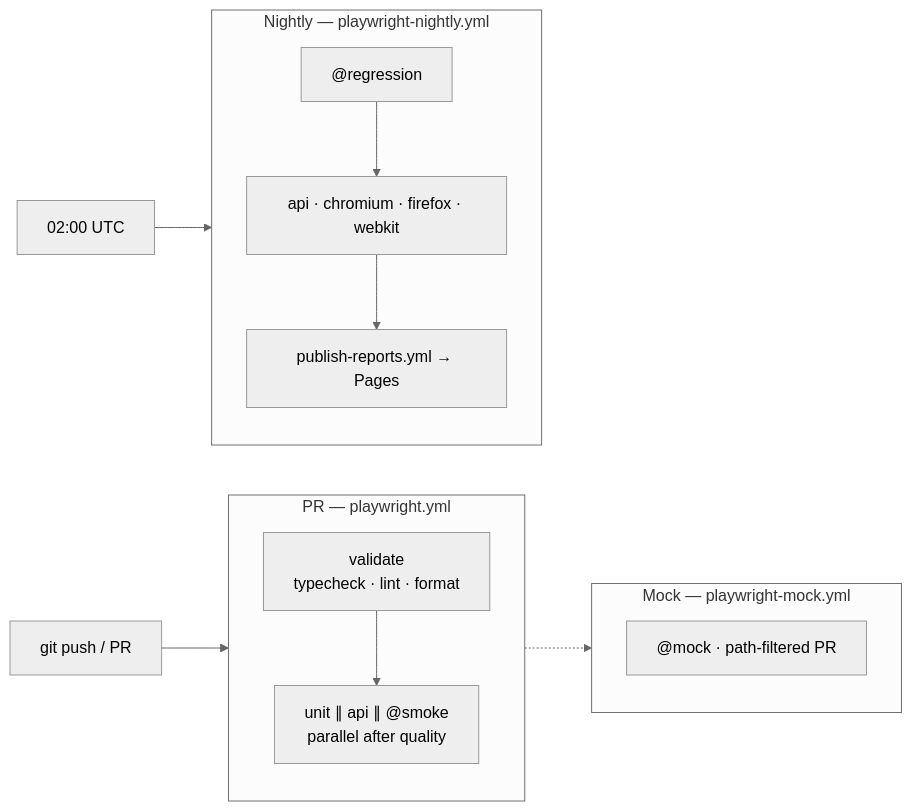
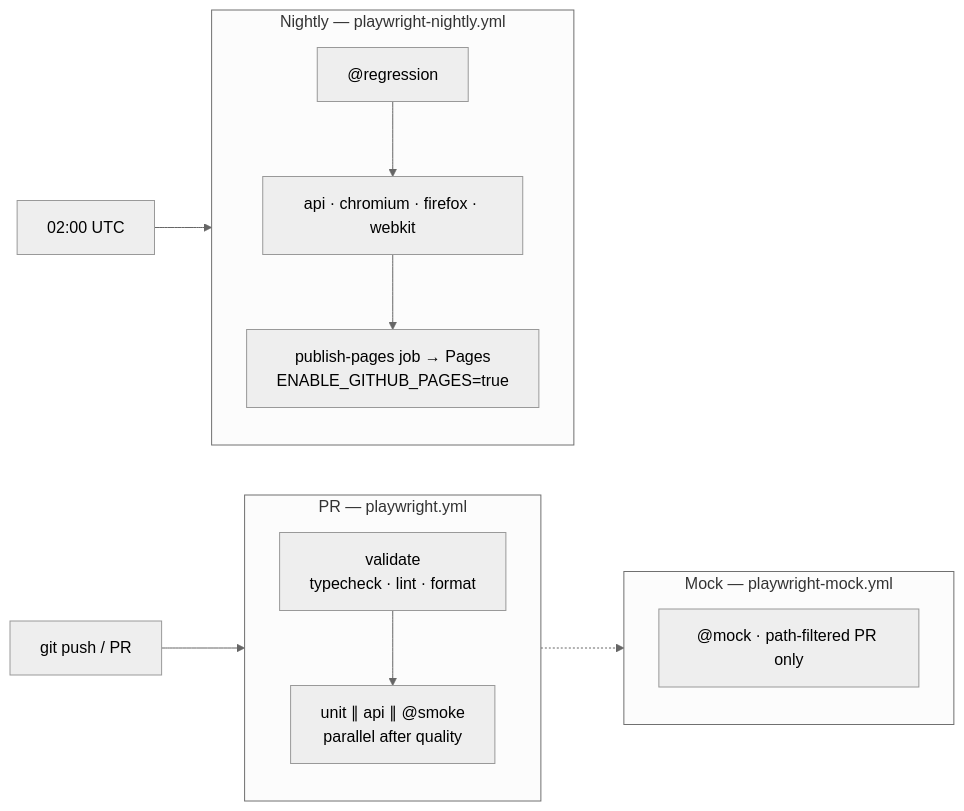
Before and after one commit to hemantjanrao/playwright-learning: the eighth of 10 diagrams in docs/ARCHITECTURE.md, drawn with Mermaid (neutral theme). The commit also changed other lines of this file and 26 other files, not shown here.

````diff
--- a/docs/ARCHITECTURE.md
+++ b/docs/ARCHITECTURE.md
@@ -328,25 +328,25 @@
 ```mermaid
 flowchart LR
     subgraph PR["PR — playwright.yml"]
         direction TB
         P1["validate<br/>typecheck · lint · format"]
         P2["unit ∥ api ∥ @smoke<br/>parallel after quality"]
         P1 --> P2
     end
 
     subgraph NIGHTLY["Nightly — playwright-nightly.yml"]
         direction TB
         N1["@regression"]
         N2["api · chromium · firefox · webkit"]
-        N3["publish-reports.yml → Pages"]
+        N3["publish-pages job → Pages<br/>ENABLE_GITHUB_PAGES=true"]
         N1 --> N2 --> N3
     end
 
     subgraph MOCK["Mock — playwright-mock.yml"]
-        M1["@mock · path-filtered PR"]
+        M1["@mock · path-filtered PR only"]
     end
 
     PUSH["git push / PR"] --> PR
     CRON["02:00 UTC"] --> NIGHTLY
     PR -.-> MOCK
 ```
````
